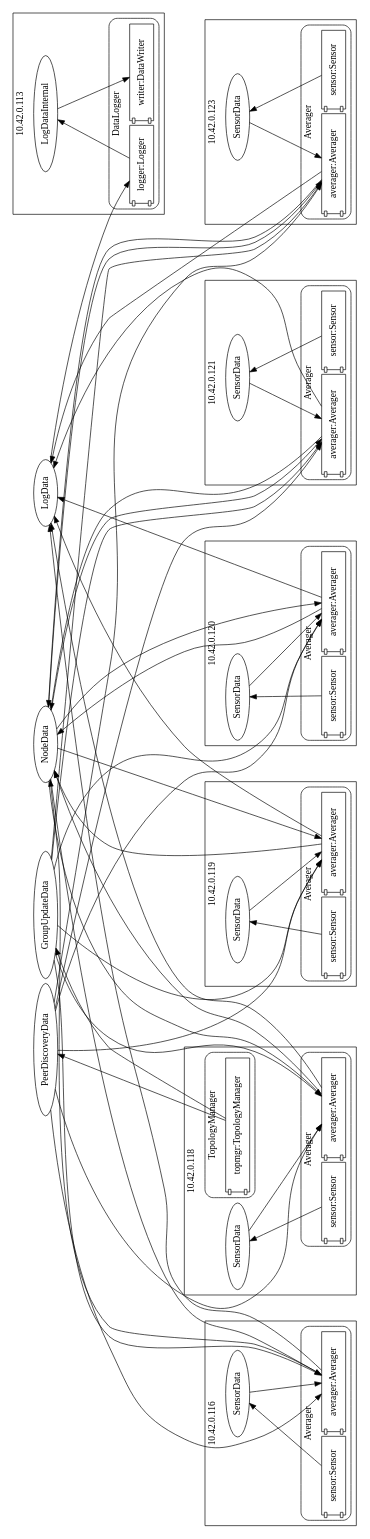
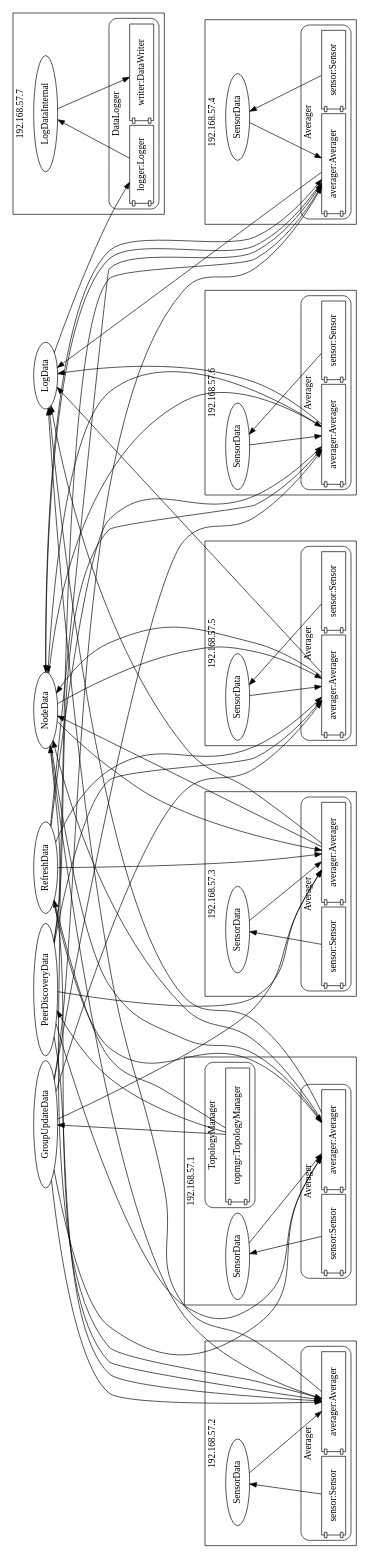
Before and after one commit to purboday/GroupTestApp: the diagram in GroupTestAppAlgo/GroupTestApp.dot, drawn with Graphviz. The commit also changed 31 other files, not shown here.

```diff
--- a/GroupTestAppAlgo/GroupTestApp.dot
+++ b/GroupTestAppAlgo/GroupTestApp.dot
@@ -9,183 +9,191 @@
 GroupUpdateData [shape=ellipse];
 PeerDiscoveryData [shape=ellipse];
 LogData [shape=ellipse];
+RefreshData [shape=ellipse];
 }
 
-sensor_Sensor_40 -> SensorData_41;
-averager_Averager_42 -> NodeData;
-averager_Averager_42 -> LogData;
-SensorData_41 -> averager_Averager_42;
-NodeData -> averager_Averager_42;
-PeerDiscoveryData -> averager_Averager_42;
-GroupUpdateData -> averager_Averager_42;
-subgraph "cluster_10.42.0.116" {
-label="10.42.0.116";
+sensor_Sensor_3 -> SensorData_4;
+averager_Averager_5 -> NodeData;
+averager_Averager_5 -> LogData;
+SensorData_4 -> averager_Averager_5;
+NodeData -> averager_Averager_5;
+PeerDiscoveryData -> averager_Averager_5;
+GroupUpdateData -> averager_Averager_5;
+RefreshData -> averager_Averager_5;
+subgraph "cluster_192.168.57.2" {
+label="192.168.57.2";
 rankdir=BT;
 rank=max;
-subgraph Averager_msgs_39 {
+subgraph Averager_msgs_2 {
 rank=min;
-SensorData_41 [label=SensorData, shape=ellipse];
+SensorData_4 [label=SensorData, shape=ellipse];
 }
 
-subgraph cluster_Averager_38 {
+subgraph cluster_Averager_1 {
 label=Averager;
 style=rounded;
-sensor_Sensor_40 [label="sensor:Sensor", rank=max, shape=component];
-averager_Averager_42 [label="averager:Averager", rank=max, shape=component];
+sensor_Sensor_3 [label="sensor:Sensor", rank=max, shape=component];
+averager_Averager_5 [label="averager:Averager", rank=max, shape=component];
 }
 
 }
 
-sensor_Sensor_45 -> SensorData_46;
-averager_Averager_47 -> NodeData;
-averager_Averager_47 -> LogData;
-SensorData_46 -> averager_Averager_47;
-NodeData -> averager_Averager_47;
-PeerDiscoveryData -> averager_Averager_47;
-GroupUpdateData -> averager_Averager_47;
-topmgr_TopologyManager_49 -> GroupUpdateData;
-topmgr_TopologyManager_49 -> PeerDiscoveryData;
-subgraph "cluster_10.42.0.118" {
-label="10.42.0.118";
+sensor_Sensor_8 -> SensorData_9;
+averager_Averager_10 -> NodeData;
+averager_Averager_10 -> LogData;
+SensorData_9 -> averager_Averager_10;
+NodeData -> averager_Averager_10;
+PeerDiscoveryData -> averager_Averager_10;
+GroupUpdateData -> averager_Averager_10;
+RefreshData -> averager_Averager_10;
+topmgr_TopologyManager_12 -> GroupUpdateData;
+topmgr_TopologyManager_12 -> PeerDiscoveryData;
+topmgr_TopologyManager_12 -> RefreshData;
+subgraph "cluster_192.168.57.1" {
+label="192.168.57.1";
 rankdir=BT;
 rank=max;
-subgraph Averager_msgs_44 {
+subgraph Averager_msgs_7 {
 rank=min;
-SensorData_46 [label=SensorData, shape=ellipse];
+SensorData_9 [label=SensorData, shape=ellipse];
 }
 
-subgraph cluster_Averager_43 {
+subgraph cluster_Averager_6 {
 label=Averager;
 style=rounded;
-sensor_Sensor_45 [label="sensor:Sensor", rank=max, shape=component];
-averager_Averager_47 [label="averager:Averager", rank=max, shape=component];
+sensor_Sensor_8 [label="sensor:Sensor", rank=max, shape=component];
+averager_Averager_10 [label="averager:Averager", rank=max, shape=component];
 }
 
-subgraph cluster_TopologyManager_48 {
+subgraph cluster_TopologyManager_11 {
 label=TopologyManager;
 style=rounded;
-topmgr_TopologyManager_49 [label="topmgr:TopologyManager", rank=max, shape=component];
+topmgr_TopologyManager_12 [label="topmgr:TopologyManager", rank=max, shape=component];
 }
 
 }
 
-sensor_Sensor_52 -> SensorData_53;
-averager_Averager_54 -> NodeData;
-averager_Averager_54 -> LogData;
-SensorData_53 -> averager_Averager_54;
-NodeData -> averager_Averager_54;
-PeerDiscoveryData -> averager_Averager_54;
-GroupUpdateData -> averager_Averager_54;
-subgraph "cluster_10.42.0.119" {
-label="10.42.0.119";
+sensor_Sensor_15 -> SensorData_16;
+averager_Averager_17 -> NodeData;
+averager_Averager_17 -> LogData;
+SensorData_16 -> averager_Averager_17;
+NodeData -> averager_Averager_17;
+PeerDiscoveryData -> averager_Averager_17;
+GroupUpdateData -> averager_Averager_17;
+RefreshData -> averager_Averager_17;
+subgraph "cluster_192.168.57.3" {
+label="192.168.57.3";
 rankdir=BT;
 rank=max;
-subgraph Averager_msgs_51 {
+subgraph Averager_msgs_14 {
 rank=min;
-SensorData_53 [label=SensorData, shape=ellipse];
+SensorData_16 [label=SensorData, shape=ellipse];
 }
 
-subgraph cluster_Averager_50 {
+subgraph cluster_Averager_13 {
 label=Averager;
 style=rounded;
-sensor_Sensor_52 [label="sensor:Sensor", rank=max, shape=component];
-averager_Averager_54 [label="averager:Averager", rank=max, shape=component];
+sensor_Sensor_15 [label="sensor:Sensor", rank=max, shape=component];
+averager_Averager_17 [label="averager:Averager", rank=max, shape=component];
 }
 
 }
 
-sensor_Sensor_57 -> SensorData_58;
-averager_Averager_59 -> NodeData;
-averager_Averager_59 -> LogData;
-SensorData_58 -> averager_Averager_59;
-NodeData -> averager_Averager_59;
-PeerDiscoveryData -> averager_Averager_59;
-GroupUpdateData -> averager_Averager_59;
-subgraph "cluster_10.42.0.120" {
-label="10.42.0.120";
+sensor_Sensor_20 -> SensorData_21;
+averager_Averager_22 -> NodeData;
+averager_Averager_22 -> LogData;
+SensorData_21 -> averager_Averager_22;
+NodeData -> averager_Averager_22;
+PeerDiscoveryData -> averager_Averager_22;
+GroupUpdateData -> averager_Averager_22;
+RefreshData -> averager_Averager_22;
+subgraph "cluster_192.168.57.5" {
+label="192.168.57.5";
 rankdir=BT;
 rank=max;
-subgraph Averager_msgs_56 {
+subgraph Averager_msgs_19 {
 rank=min;
-SensorData_58 [label=SensorData, shape=ellipse];
+SensorData_21 [label=SensorData, shape=ellipse];
 }
 
-subgraph cluster_Averager_55 {
+subgraph cluster_Averager_18 {
 label=Averager;
 style=rounded;
-sensor_Sensor_57 [label="sensor:Sensor", rank=max, shape=component];
-averager_Averager_59 [label="averager:Averager", rank=max, shape=component];
+sensor_Sensor_20 [label="sensor:Sensor", rank=max, shape=component];
+averager_Averager_22 [label="averager:Averager", rank=max, shape=component];
 }
 
 }
 
-sensor_Sensor_62 -> SensorData_63;
-averager_Averager_64 -> NodeData;
-averager_Averager_64 -> LogData;
-SensorData_63 -> averager_Averager_64;
-NodeData -> averager_Averager_64;
-PeerDiscoveryData -> averager_Averager_64;
-GroupUpdateData -> averager_Averager_64;
-subgraph "cluster_10.42.0.121" {
-label="10.42.0.121";
+sensor_Sensor_25 -> SensorData_26;
+averager_Averager_27 -> NodeData;
+averager_Averager_27 -> LogData;
+SensorData_26 -> averager_Averager_27;
+NodeData -> averager_Averager_27;
+PeerDiscoveryData -> averager_Averager_27;
+GroupUpdateData -> averager_Averager_27;
+RefreshData -> averager_Averager_27;
+subgraph "cluster_192.168.57.6" {
+label="192.168.57.6";
 rankdir=BT;
 rank=max;
-subgraph Averager_msgs_61 {
+subgraph Averager_msgs_24 {
 rank=min;
-SensorData_63 [label=SensorData, shape=ellipse];
+SensorData_26 [label=SensorData, shape=ellipse];
 }
 
-subgraph cluster_Averager_60 {
+subgraph cluster_Averager_23 {
 label=Averager;
 style=rounded;
-sensor_Sensor_62 [label="sensor:Sensor", rank=max, shape=component];
-averager_Averager_64 [label="averager:Averager", rank=max, shape=component];
+sensor_Sensor_25 [label="sensor:Sensor", rank=max, shape=component];
+averager_Averager_27 [label="averager:Averager", rank=max, shape=component];
 }
 
 }
 
-sensor_Sensor_67 -> SensorData_68;
-averager_Averager_69 -> NodeData;
-averager_Averager_69 -> LogData;
-SensorData_68 -> averager_Averager_69;
-NodeData -> averager_Averager_69;
-PeerDiscoveryData -> averager_Averager_69;
-GroupUpdateData -> averager_Averager_69;
-subgraph "cluster_10.42.0.123" {
-label="10.42.0.123";
+sensor_Sensor_30 -> SensorData_31;
+averager_Averager_32 -> NodeData;
+averager_Averager_32 -> LogData;
+SensorData_31 -> averager_Averager_32;
+NodeData -> averager_Averager_32;
+PeerDiscoveryData -> averager_Averager_32;
+GroupUpdateData -> averager_Averager_32;
+RefreshData -> averager_Averager_32;
+subgraph "cluster_192.168.57.4" {
+label="192.168.57.4";
 rankdir=BT;
 rank=max;
-subgraph Averager_msgs_66 {
+subgraph Averager_msgs_29 {
 rank=min;
-SensorData_68 [label=SensorData, shape=ellipse];
+SensorData_31 [label=SensorData, shape=ellipse];
 }
 
-subgraph cluster_Averager_65 {
+subgraph cluster_Averager_28 {
 label=Averager;
 style=rounded;
-sensor_Sensor_67 [label="sensor:Sensor", rank=max, shape=component];
-averager_Averager_69 [label="averager:Averager", rank=max, shape=component];
+sensor_Sensor_30 [label="sensor:Sensor", rank=max, shape=component];
+averager_Averager_32 [label="averager:Averager", rank=max, shape=component];
 }
 
 }
 
-logger_Logger_72 -> LogDataInternal_73;
-LogData -> logger_Logger_72;
-LogDataInternal_73 -> writer_DataWriter_74;
-subgraph "cluster_10.42.0.113" {
-label="10.42.0.113";
+logger_Logger_35 -> LogDataInternal_36;
+LogData -> logger_Logger_35;
+LogDataInternal_36 -> writer_DataWriter_37;
+subgraph "cluster_192.168.57.7" {
+label="192.168.57.7";
 rankdir=BT;
 rank=max;
-subgraph DataLogger_msgs_71 {
+subgraph DataLogger_msgs_34 {
 rank=min;
-LogDataInternal_73 [label=LogDataInternal, shape=ellipse];
+LogDataInternal_36 [label=LogDataInternal, shape=ellipse];
 }
 
-subgraph cluster_DataLogger_70 {
+subgraph cluster_DataLogger_33 {
 label=DataLogger;
 style=rounded;
-logger_Logger_72 [label="logger:Logger", rank=max, shape=component];
-writer_DataWriter_74 [label="writer:DataWriter", rank=max, shape=component];
+logger_Logger_35 [label="logger:Logger", rank=max, shape=component];
+writer_DataWriter_37 [label="writer:DataWriter", rank=max, shape=component];
 }
 
 }
```
